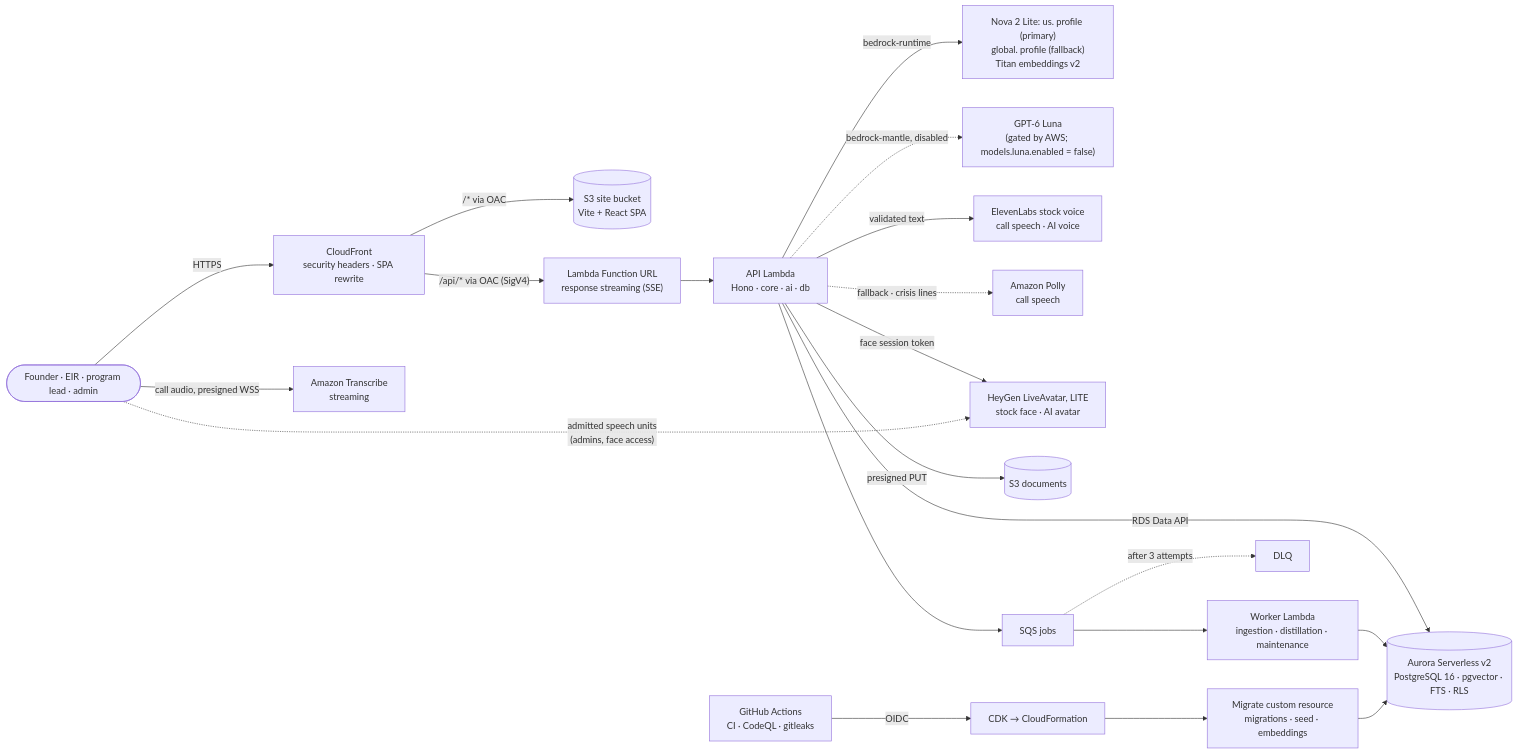
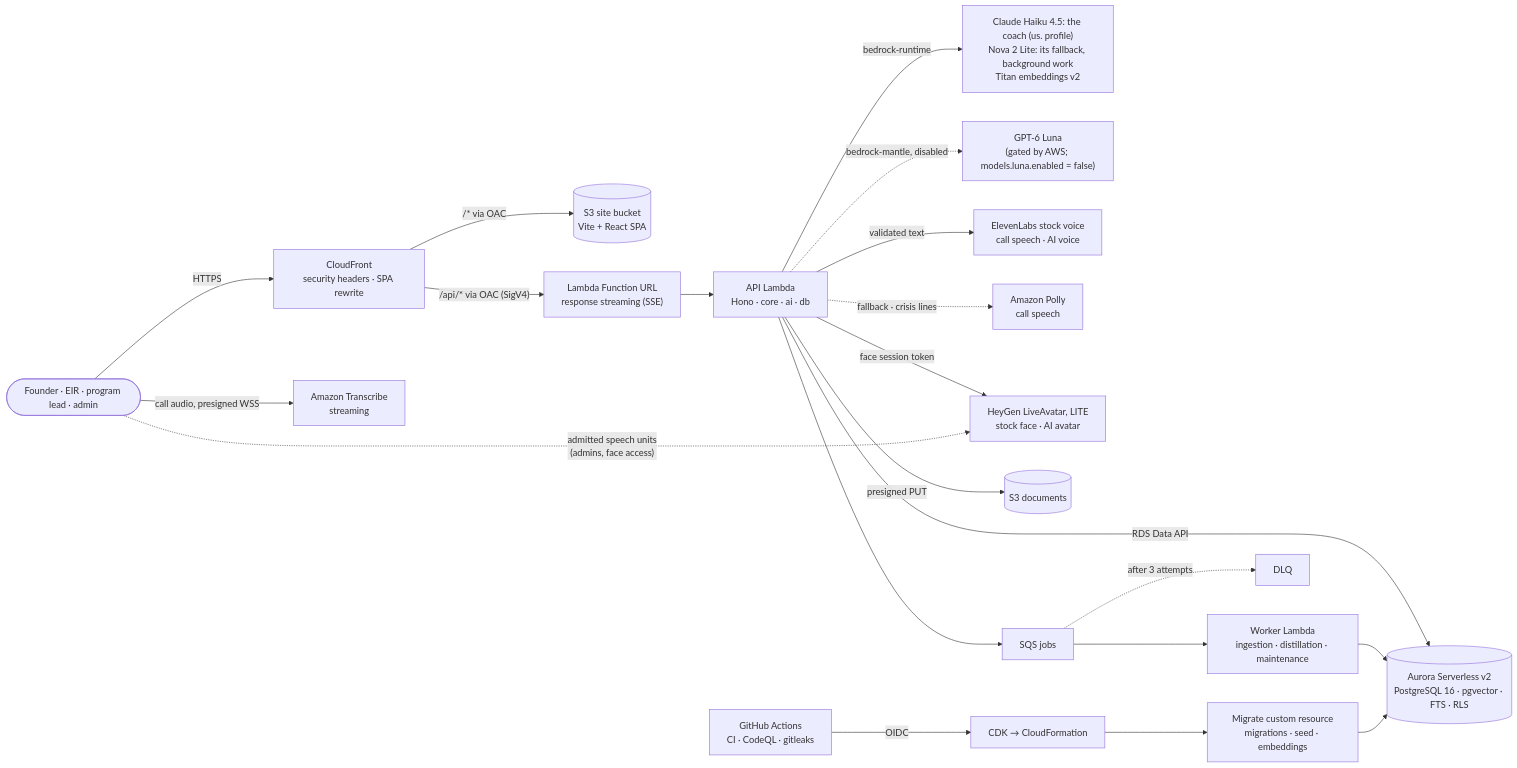
One commit to satvikOS/Foundry-Ascent changed the diagram in README.md. Above: the diagram before and after it, drawn with Mermaid. The commit also changed other lines of this file and 66 other files, not shown here.

First line of the commit message:
Coach on Claude Haiku 4.5 with prompt caching; Nova 2 Lite behind it and for background work; audit fixes; face lab follows the session

````diff
--- a/README.md
+++ b/README.md
@@ -58,21 +58,21 @@
 ```mermaid
 flowchart LR
   user(["Founder · EIR · program lead · admin"]) -->|HTTPS| cf["CloudFront<br/>security headers · SPA rewrite"]
   user -->|"call audio, presigned WSS"| stt["Amazon Transcribe<br/>streaming"]
   cf -->|"/* via OAC"| site[("S3 site bucket<br/>Vite + React SPA")]
   cf -->|"/api/* via OAC (SigV4)"| url["Lambda Function URL<br/>response streaming (SSE)"]
   url --> api["API Lambda<br/>Hono · core · ai · db"]
   api -->|"RDS Data API"| db[("Aurora Serverless v2<br/>PostgreSQL 16 · pgvector · FTS · RLS")]
-  api -->|"bedrock-runtime"| nova["Nova 2 Lite: us. profile (primary)<br/>global. profile (fallback)<br/>Titan embeddings v2"]
+  api -->|"bedrock-runtime"| nova["Claude Haiku 4.5: the coach (us. profile)<br/>Nova 2 Lite: its fallback, background work<br/>Titan embeddings v2"]
   api -.->|"bedrock-mantle, disabled"| luna["GPT-6 Luna<br/>(gated by AWS; models.luna.enabled = false)"]
   api -->|"validated text"| voice["ElevenLabs stock voice<br/>call speech · AI voice"]
   api -.->|"fallback · crisis lines"| polly["Amazon Polly<br/>call speech"]
   api -->|"face session token"| face["HeyGen LiveAvatar, LITE<br/>stock face · AI avatar"]
   user -.->|"admitted speech units<br/>(admins, face access)"| face
   api -->|"presigned PUT"| docs[("S3 documents")]
   api --> jobs["SQS jobs"] --> worker["Worker Lambda<br/>ingestion · distillation · maintenance"]
   worker --> db
   jobs -.->|"after 3 attempts"| dlq["DLQ"]
   gh["GitHub Actions<br/>CI · CodeQL · gitleaks"] -->|"OIDC"| cdk["CDK → CloudFormation"]
   cdk --> migrate["Migrate custom resource<br/>migrations · seed · embeddings"] --> db
 ```
````
